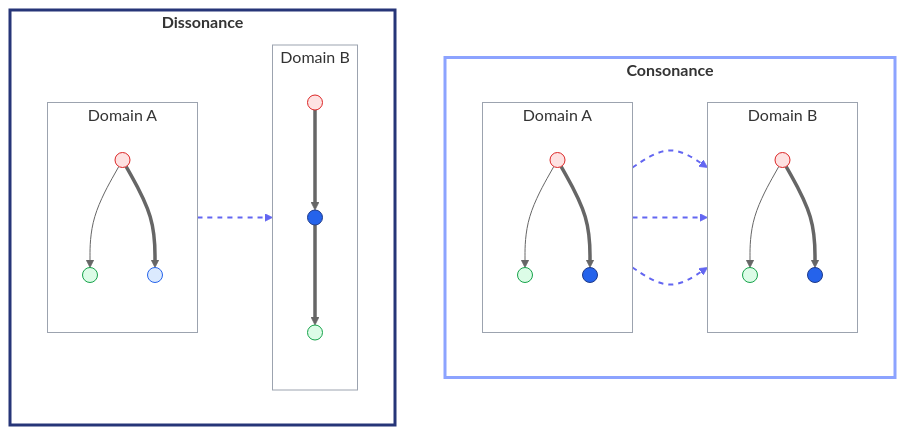
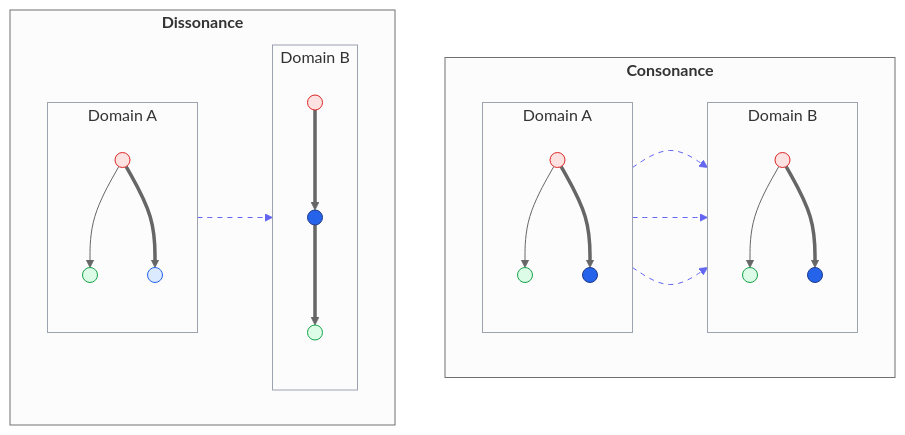
Before and after one commit to clairemira/miranova: the fourth of 13 diagrams in content/commons.mdx, drawn with Mermaid. The commit also changed other lines of this file and 23 other files, not shown here.

Commit message:
Added dark mode support for mermaid nodes

````diff
--- a/content/commons.mdx
+++ b/content/commons.mdx
@@ -499,71 +465,69 @@
 ```mermaid
 ---
 config:
   flowchart:
     curve: basis
   theme: neutral
 ---
 flowchart TB
   subgraph CON["<strong>Consonance</strong>"]
     direction LR
     subgraph CA["Domain A"]
       direction TB
       CA1(( ))
       CA2(( ))
       CA3(( ))
       CA1 --> CA2
       CA1 ==> CA3
     end
     subgraph CB["Domain B"]
       direction TB
       CB1(( ))
       CB2(( ))
       CB3(( ))
       CB1 --> CB2
       CB1 ==> CB3
     end
     CA1 -.-> CB1
     CA2 -.-> CB2
     CA3 -.-> CB3
   end
 
   subgraph DIS["<strong>Dissonance</strong>"]
     direction LR
     subgraph DA["Domain A"]
       direction TB
       DA1(( ))
       DA2(( ))
       DA3(( ))
       DA1 --> DA2
       DA1 ==> DA3
     end
     subgraph DB["Domain B"]
       direction TB
       DB1(( ))
       DB2(( ))
       DB3(( ))
       DB1 ==> DB2
       DB2 ==> DB3
     end
     DA1 -.-> DB1
   end
 
   class CA1,CB1,DA1,DB1 rNode
   class CA2,CB2,DA2,DB3 gNode
   class DA3 bNode
   class CA3,CB3,DB2 bSolid
 
   classDef rNode fill:#fee2e2,stroke:#dc2626,color:#7f1d1d
   classDef gNode fill:#dcfce7,stroke:#16a34a,color:#14532d
   classDef bNode fill:#dbeafe,stroke:#2563eb,color:#1e3a8a
   classDef bSolid fill:#2563eb,stroke:#1e3a8a,color:#fff
 
-  linkStyle 4,5,6,11 stroke:#6366f1,stroke-width:2px,stroke-dasharray:5 5
+  linkStyle 4,5,6,11 stroke:#6366f1,stroke-width:1px,stroke-dasharray:5 5
 
   style CA fill:transparent,stroke:#9ca3af
   style CB fill:transparent,stroke:#9ca3af
   style DA fill:transparent,stroke:#9ca3af
   style DB fill:transparent,stroke:#9ca3af
-  style CON fill:transparent,stroke:#8ca3ff,stroke-width:3px
-  style DIS fill:transparent,stroke:#263578,stroke-width:3px
 ```
````
